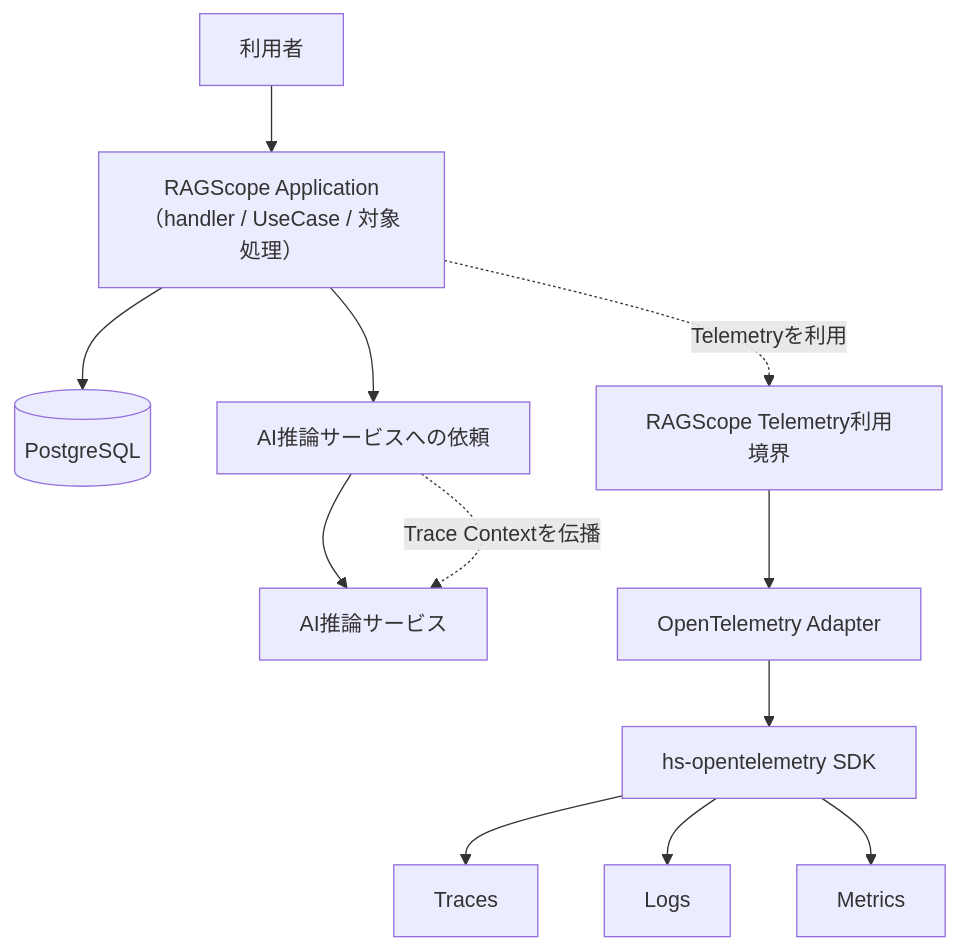
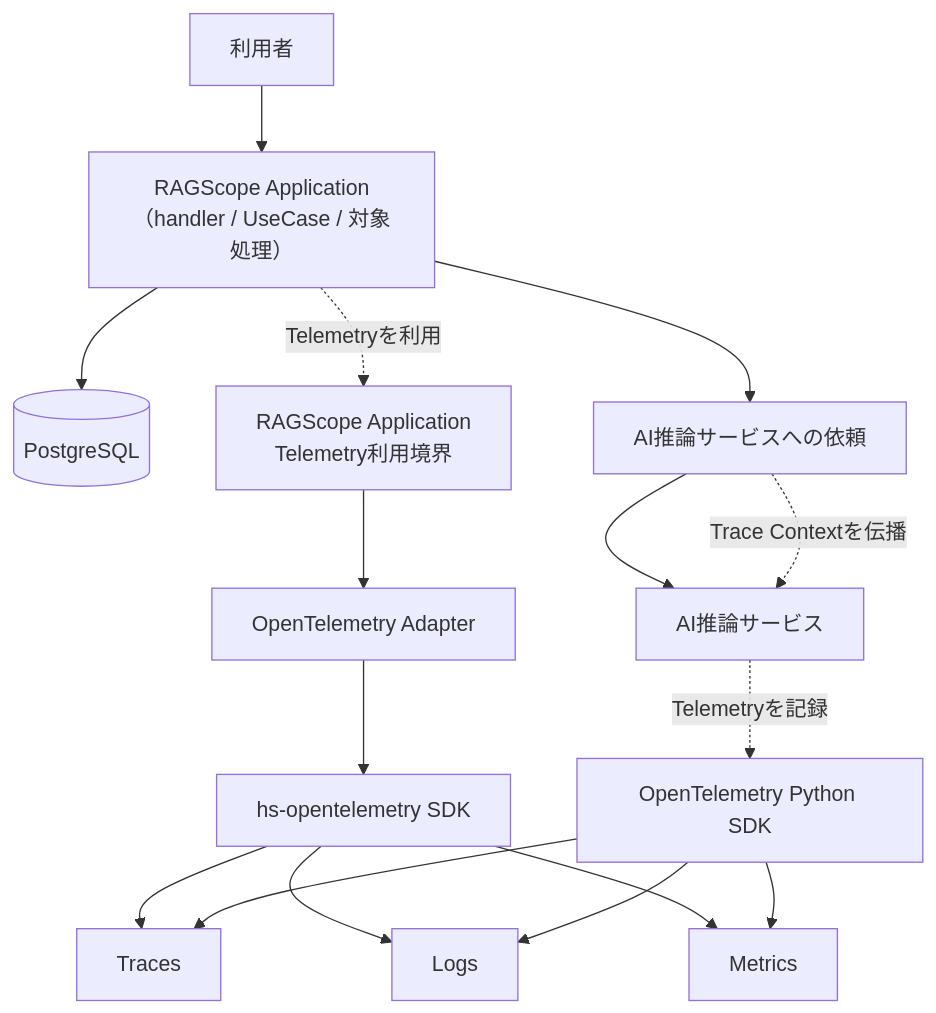
Before and after one commit to takashit16833/Workbench: the first of 2 diagrams in Notes/RAGScope/RAGScopeアプリケーション/RS-0023 Observability設計メモ.md, drawn with Mermaid. The commit also changed other lines of this file, not shown here.

Commit message:
notes: verify OpenTelemetry SDK feasibility across components

````diff
--- a/Notes/RAGScope/RAGScopeアプリケーション/RS-0023 Observability設計メモ.md
+++ b/Notes/RAGScope/RAGScopeアプリケーション/RS-0023 Observability設計メモ.md
@@ -40,17 +41,22 @@
 ```mermaid
 flowchart TB
     USER["利用者"] --> APP["RAGScope Application（handler / UseCase / 対象処理）"]
 
     APP --> DB[("PostgreSQL")]
     APP --> AIREQ["AI推論サービスへの依頼"]
     AIREQ --> AI["AI推論サービス"]
     AIREQ -. "Trace Contextを伝播" .-> AI
 
-    APP -. "Telemetryを利用" .-> TEL["RAGScope Telemetry利用境界"]
-    TEL --> ADAPTER["OpenTelemetry Adapter"]
-    ADAPTER --> SDK["hs-opentelemetry SDK"]
+    APP -. "Telemetryを利用" .-> TEL["RAGScope Application<br>Telemetry利用境界"]
+    TEL --> HADAPTER["OpenTelemetry Adapter"]
+    HADAPTER --> HSDK["hs-opentelemetry SDK"]
 
-    SDK --> TR["Traces"]
-    SDK --> LG["Logs"]
-    SDK --> MT["Metrics"]
+    AI -. "Telemetryを記録" .-> PYSDK["OpenTelemetry Python SDK"]
+
+    HSDK --> TR["Traces"]
+    HSDK --> LG["Logs"]
+    HSDK --> MT["Metrics"]
+    PYSDK --> TR
+    PYSDK --> LG
+    PYSDK --> MT
 ```
````
